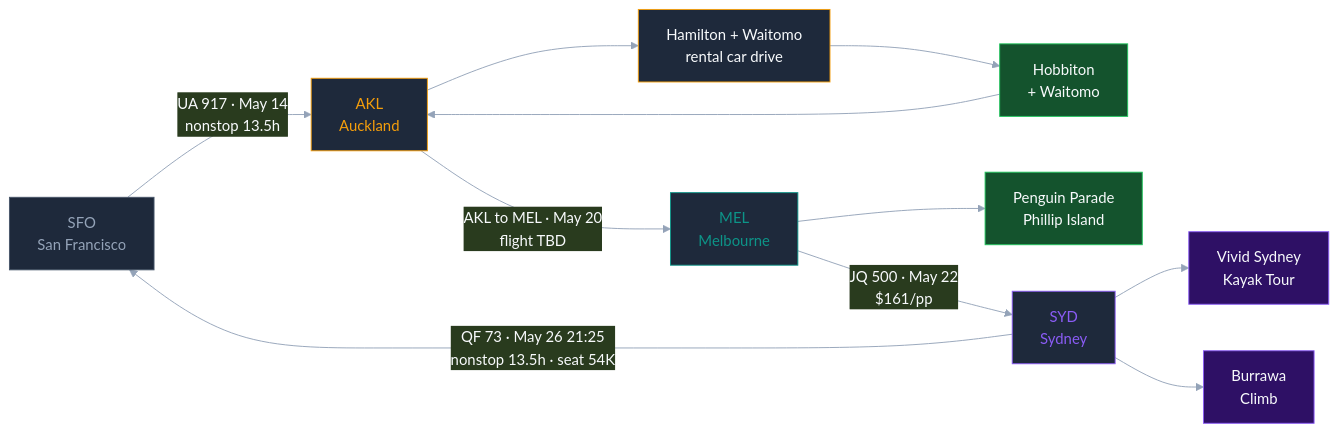
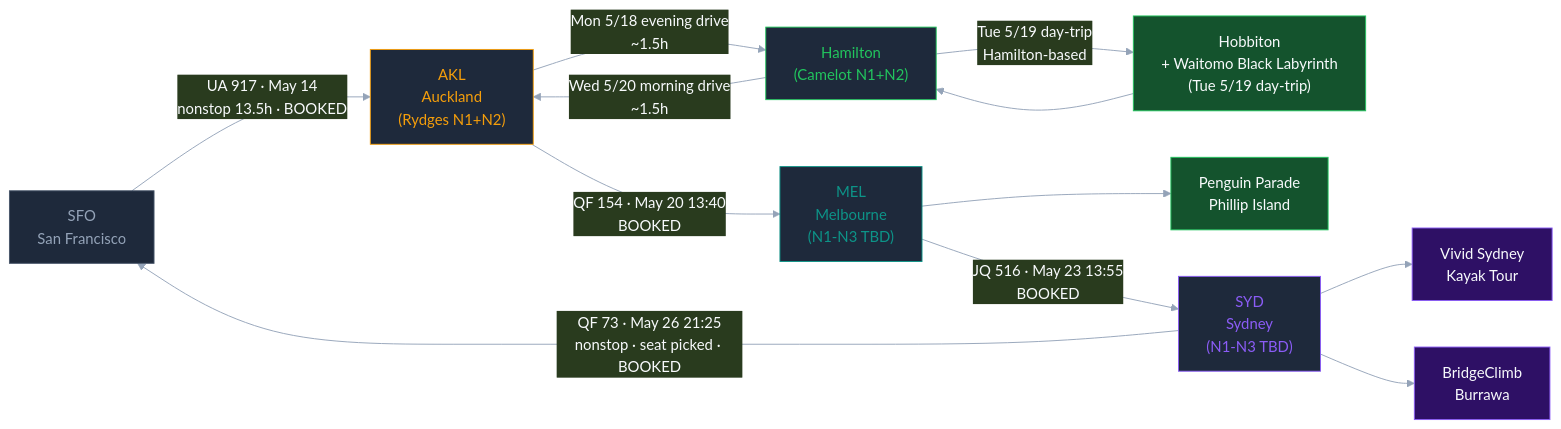
Before and after one commit to allstoncodes/nz-aus-2026: the third of 3 diagrams in README.md, drawn with Mermaid. The commit also changed other lines of this file and 1 other file, not shown here.

Commit message:
sync from personal-vault: Hamilton hotel BOOKED (Camelot on Ulster) + schedule corrected (Mon 5/18 = AKL flex + drive Hamilton evening; Tue 5/19 = Hobbiton + Black Labyrinth combined day) + All Blacks Experience slotted Mon 14:00 + README.md updated for current state [claude:82421546]

````diff
--- a/README.md
+++ b/README.md
@@ -75,32 +71,35 @@
 ```mermaid
 %%{init: {'theme': 'base', 'themeVariables': {'primaryColor': '#1E293B', 'primaryTextColor': '#F8FAFC', 'primaryBorderColor': '#F59E0B', 'lineColor': '#94A3B8'}}}%%
 flowchart LR
   SFO["SFO\nSan Francisco"]
-  AKL["AKL\nAuckland"]
-  HOB["Hobbiton\n+ Waitomo"]
-  MEL["MEL\nMelbourne"]
+  AKL["AKL\nAuckland\n(Rydges N1+N2)"]
+  HAM["Hamilton\n(Camelot N1+N2)"]
+  HOB["Hobbiton\n+ Waitomo Black Labyrinth\n(Tue 5/19 day-trip)"]
+  MEL["MEL\nMelbourne\n(N1-N3 TBD)"]
   PHI["Penguin Parade\nPhillip Island"]
-  SYD["SYD\nSydney"]
+  SYD["SYD\nSydney\n(N1-N3 TBD)"]
   VIV["Vivid Sydney\nKayak Tour"]
-  BUR["Burrawa\nClimb"]
+  BUR["BridgeClimb\nBurrawa"]
 
-  SFO -->|"UA 917 · May 14\nnonstop 13.5h"| AKL
-  AKL --> HAM["Hamilton + Waitomo\nrental car drive"]
-  HAM --> HOB
-  HOB --> AKL
-  AKL -->|"AKL to MEL · May 20\nflight TBD"| MEL
+  SFO -->|"UA 917 · May 14\nnonstop 13.5h · BOOKED"| AKL
+  AKL -->|"Mon 5/18 evening drive\n~1.5h"| HAM
+  HAM -->|"Tue 5/19 day-trip\nHamilton-based"| HOB
+  HOB --> HAM
+  HAM -->|"Wed 5/20 morning drive\n~1.5h"| AKL
+  AKL -->|"QF 154 · May 20 13:40\nBOOKED"| MEL
   MEL --> PHI
-  MEL -->|"JQ 500 · May 22\n$161/pp"| SYD
+  MEL -->|"JQ 516 · May 23 13:55\nBOOKED"| SYD
   SYD --> VIV
   SYD --> BUR
-  SYD -->|"QF 73 · May 26 21:25\nnonstop 13.5h · seat 54K"| SFO
+  SYD -->|"QF 73 · May 26 21:25\nnonstop · seat picked · BOOKED"| SFO
 
   style SFO fill:#1E293B,stroke:#475569,color:#94A3B8
   style AKL fill:#1E293B,stroke:#F59E0B,color:#F59E0B
+  style HAM fill:#1E293B,stroke:#22C55E,color:#22C55E
   style MEL fill:#1E293B,stroke:#0D9488,color:#0D9488
   style SYD fill:#1E293B,stroke:#8B5CF6,color:#8B5CF6
   style HOB fill:#14532D,stroke:#22C55E,color:#F8FAFC
   style PHI fill:#14532D,stroke:#22C55E,color:#F8FAFC
   style VIV fill:#2E1065,stroke:#8B5CF6,color:#F8FAFC
   style BUR fill:#2E1065,stroke:#8B5CF6,color:#F8FAFC
 ```
````
